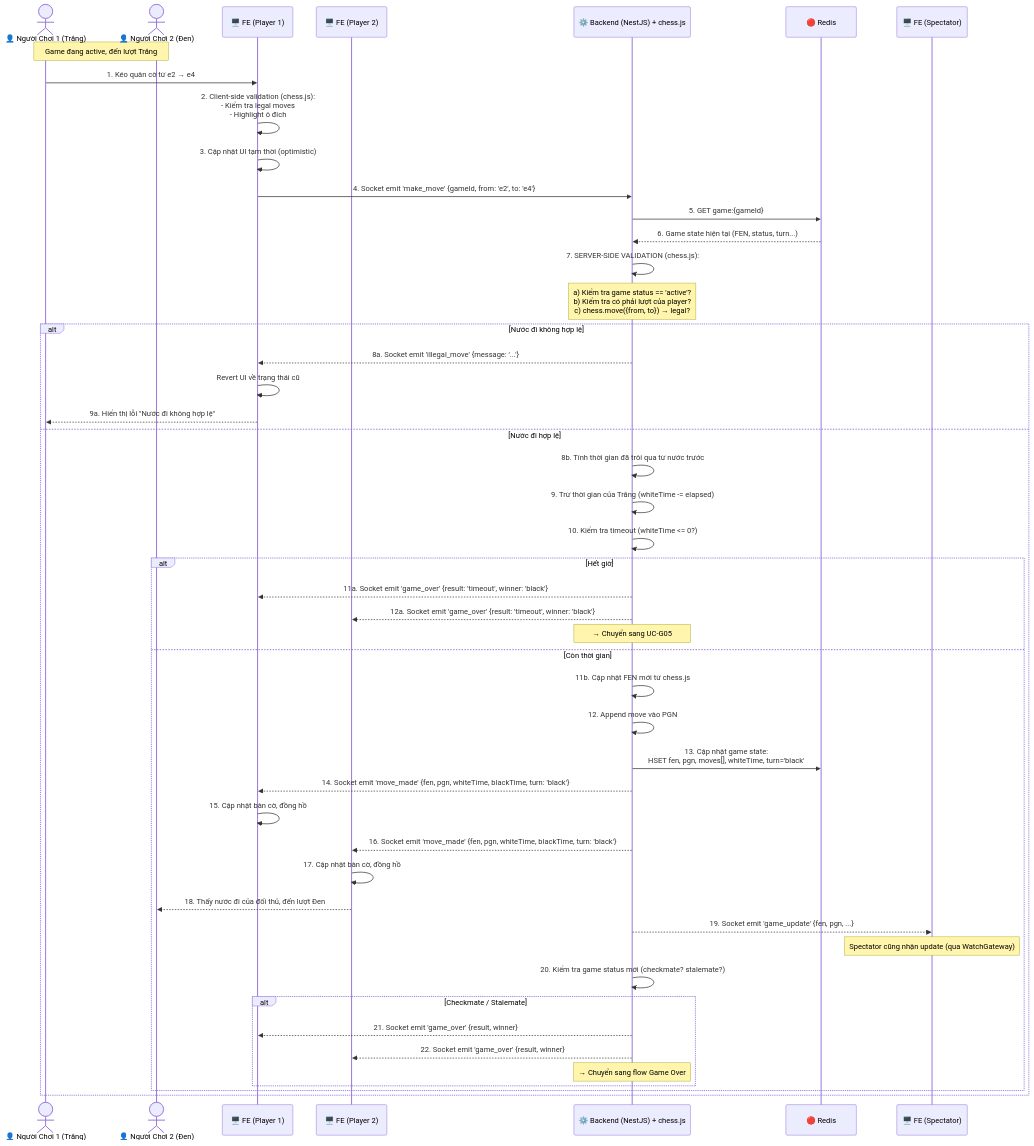
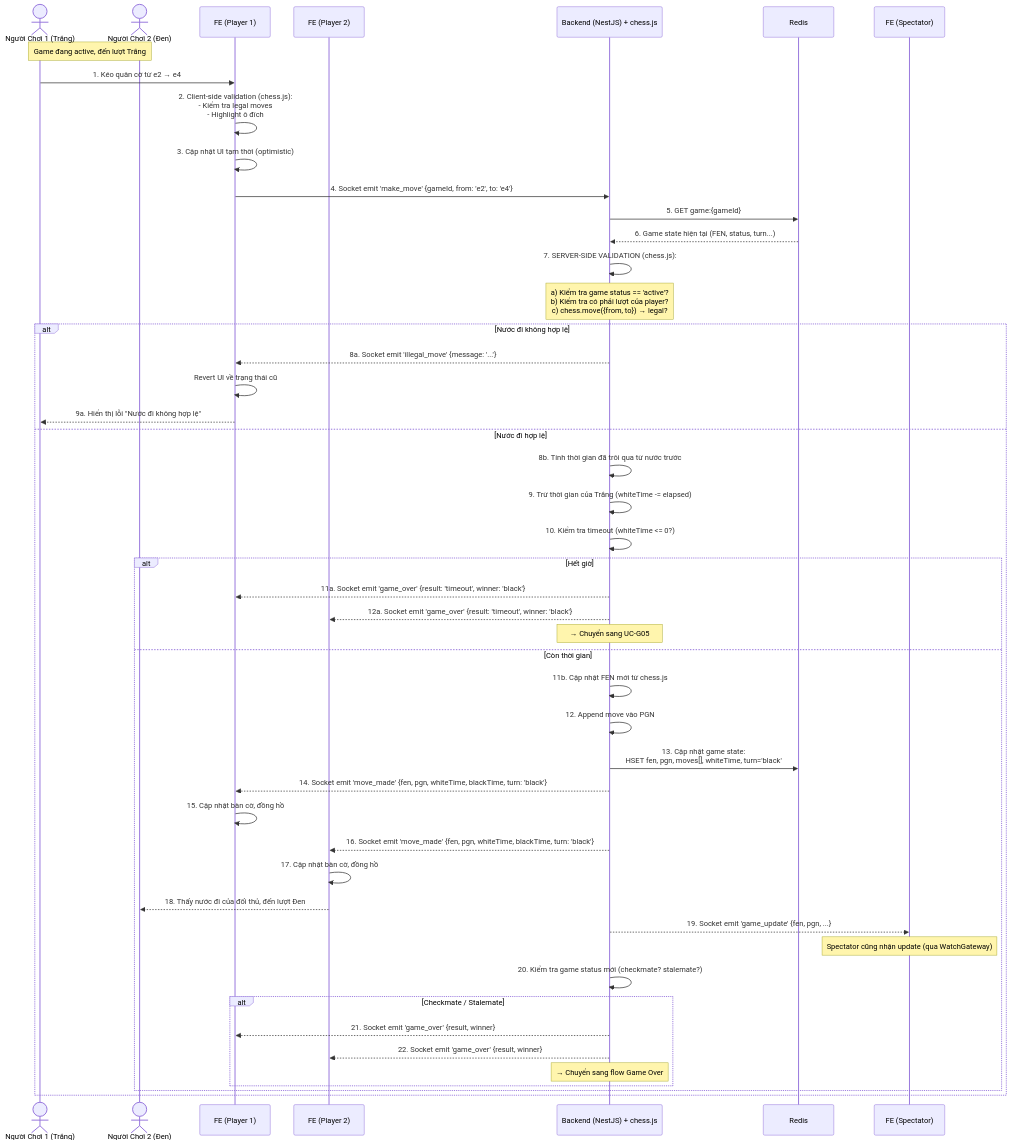
Before and after one commit to legiabao0907/web-chess-real-time: the fifth of 22 diagrams in docs/sequence-diagrams.md, drawn with Mermaid. The commit also changed other lines of this file, not shown here.

````diff
--- a/docs/sequence-diagrams.md
+++ b/docs/sequence-diagrams.md
@@ -216,60 +216,60 @@
 ```mermaid
 sequenceDiagram
-    actor P1 as 👤 Người Chơi 1 (Trắng)
-    actor P2 as 👤 Người Chơi 2 (Đen)
-    participant FE1 as 🖥️ FE (Player 1)
-    participant FE2 as 🖥️ FE (Player 2)
-    participant BE as ⚙️ Backend (NestJS) + chess.js
-    participant Redis as 🔴 Redis
-    participant WatchFE as 🖥️ FE (Spectator)
+ actor P1 as Người Chơi 1 (Trắng)
+ actor P2 as Người Chơi 2 (Đen)
+ participant FE1 as FE (Player 1)
+ participant FE2 as FE (Player 2)
+ participant BE as Backend (NestJS) + chess.js
+ participant Redis as Redis
+ participant WatchFE as FE (Spectator)
 
-    Note over P1, P2: Game đang active, đến lượt Trắng
+ Note over P1, P2: Game đang active, đến lượt Trắng
 
-    P1->>FE1: 1. Kéo quân cờ từ e2 → e4
-    FE1->>FE1: 2. Client-side validation (chess.js):<br/>- Kiểm tra legal moves<br/>- Highlight ô đích
-    FE1->>FE1: 3. Cập nhật UI tạm thời (optimistic)
-    FE1->>BE: 4. Socket emit 'make_move' {gameId, from: 'e2', to: 'e4'}
+ P1->>FE1: 1. Kéo quân cờ từ e2 → e4
+ FE1->>FE1: 2. Client-side validation (chess.js):<br/>- Kiểm tra legal moves<br/>- Highlight ô đích
+ FE1->>FE1: 3. Cập nhật UI tạm thời (optimistic)
+ FE1->>BE: 4. Socket emit 'make_move' {gameId, from: 'e2', to: 'e4'}
 
-    BE->>Redis: 5. GET game:{gameId}
-    Redis-->>BE: 6. Game state hiện tại (FEN, status, turn...)
+ BE->>Redis: 5. GET game:{gameId}
+ Redis-->>BE: 6. Game state hiện tại (FEN, status, turn...)
 
-    BE->>BE: 7. SERVER-SIDE VALIDATION (chess.js):
-    Note over BE: a) Kiểm tra game status == 'active'?<br/>b) Kiểm tra có phải lượt của player?<br/>c) chess.move({from, to}) → legal?
+ BE->>BE: 7. SERVER-SIDE VALIDATION (chess.js):
+ Note over BE: a) Kiểm tra game status == 'active'?<br/>b) Kiểm tra có phải lượt của player?<br/>c) chess.move({from, to}) → legal?
 
-    alt Nước đi không hợp lệ
-        BE-->>FE1: 8a. Socket emit 'illegal_move' {message: '...'}
-        FE1->>FE1: Revert UI về trạng thái cũ
-        FE1-->>P1: 9a. Hiển thị lỗi "Nước đi không hợp lệ"
-    else Nước đi hợp lệ
-        BE->>BE: 8b. Tính thời gian đã trôi qua từ nước trước
-        BE->>BE: 9. Trừ thời gian của Trắng (whiteTime -= elapsed)
-        BE->>BE: 10. Kiểm tra timeout (whiteTime <= 0?)
+ alt Nước đi không hợp lệ
+ BE-->>FE1: 8a. Socket emit 'illegal_move' {message: '...'}
+ FE1->>FE1: Revert UI về trạng thái cũ
+ FE1-->>P1: 9a. Hiển thị lỗi "Nước đi không hợp lệ"
+ else Nước đi hợp lệ
+ BE->>BE: 8b. Tính thời gian đã trôi qua từ nước trước
+ BE->>BE: 9. Trừ thời gian của Trắng (whiteTime -= elapsed)
+ BE->>BE: 10. Kiểm tra timeout (whiteTime <= 0?)
 
-        alt Hết giờ
-            BE-->>FE1: 11a. Socket emit 'game_over' {result: 'timeout', winner: 'black'}
-            BE-->>FE2: 12a. Socket emit 'game_over' {result: 'timeout', winner: 'black'}
-            Note over BE: → Chuyển sang UC-G05
-        else Còn thời gian
-            BE->>BE: 11b. Cập nhật FEN mới từ chess.js
-            BE->>BE: 12. Append move vào PGN
-            BE->>Redis: 13. Cập nhật game state:<br/>HSET fen, pgn, moves[], whiteTime, turn='black'
+ alt Hết giờ
+ BE-->>FE1: 11a. Socket emit 'game_over' {result: 'timeout', winner: 'black'}
+ BE-->>FE2: 12a. Socket emit 'game_over' {result: 'timeout', winner: 'black'}
+ Note over BE: → Chuyển sang UC-G05
+ else Còn thời gian
+ BE->>BE: 11b. Cập nhật FEN mới từ chess.js
+ BE->>BE: 12. Append move vào PGN
+ BE->>Redis: 13. Cập nhật game state:<br/>HSET fen, pgn, moves[], whiteTime, turn='black'
 
-            BE-->>FE1: 14. Socket emit 'move_made' {fen, pgn, whiteTime, blackTime, turn: 'black'}
-            FE1->>FE1: 15. Cập nhật bàn cờ, đồng hồ
+ BE-->>FE1: 14. Socket emit 'move_made' {fen, pgn, whiteTime, blackTime, turn: 'black'}
+ FE1->>FE1: 15. Cập nhật bàn cờ, đồng hồ
 
-            BE-->>FE2: 16. Socket emit 'move_made' {fen, pgn, whiteTime, blackTime, turn: 'black'}
-            FE2->>FE2: 17. Cập nhật bàn cờ, đồng hồ
-            FE2-->>P2: 18. Thấy nước đi của đối thủ, đến lượt Đen
+ BE-->>FE2: 16. Socket emit 'move_made' {fen, pgn, whiteTime, blackTime, turn: 'black'}
+ FE2->>FE2: 17. Cập nhật bàn cờ, đồng hồ
+ FE2-->>P2: 18. Thấy nước đi của đối thủ, đến lượt Đen
 
-            BE-->>WatchFE: 19. Socket emit 'game_update' {fen, pgn, ...}
-            Note over WatchFE: Spectator cũng nhận update (qua WatchGateway)
+ BE-->>WatchFE: 19. Socket emit 'game_update' {fen, pgn, ...}
+ Note over WatchFE: Spectator cũng nhận update (qua WatchGateway)
 
-            BE->>BE: 20. Kiểm tra game status mới (checkmate? stalemate?)
-            alt Checkmate / Stalemate
-                BE-->>FE1: 21. Socket emit 'game_over' {result, winner}
-                BE-->>FE2: 22. Socket emit 'game_over' {result, winner}
-                Note over BE: → Chuyển sang flow Game Over
-            end
-        end
-    end
+ BE->>BE: 20. Kiểm tra game status mới (checkmate? stalemate?)
+ alt Checkmate / Stalemate
+ BE-->>FE1: 21. Socket emit 'game_over' {result, winner}
+ BE-->>FE2: 22. Socket emit 'game_over' {result, winner}
+ Note over BE: → Chuyển sang flow Game Over
+ end
+ end
+ end
 ```
````
